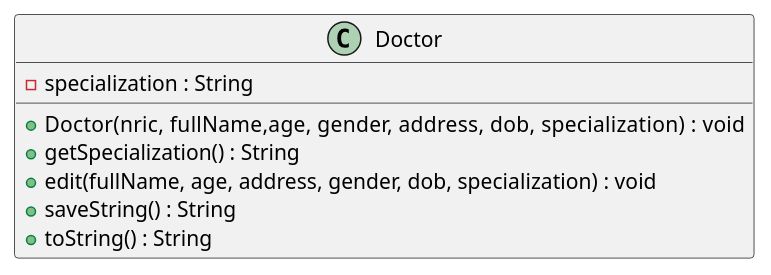
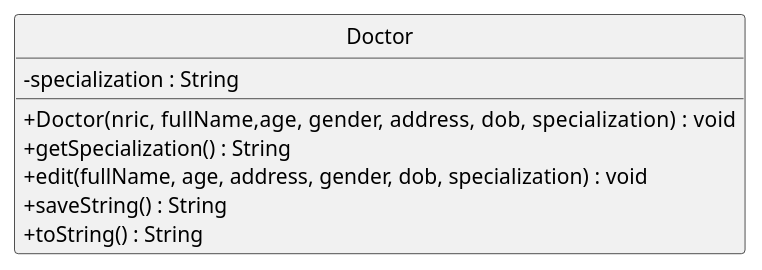
One commit to nus-cs2113-AY2122S2/tp changed the diagram in docs/diagrams/Doctor.puml. Above: the diagram before and after it, drawn with PlantUML. The commit also changed 28 other files, not shown here.

First line of the commit message:
Update all puml diagrams

```diff
--- a/docs/diagrams/Doctor.puml
+++ b/docs/diagrams/Doctor.puml
@@ -1,12 +1,13 @@
 @startuml
-'https://plantuml.com/class-diagram
+hide circle
+skinparam classAttributeIconSize 0
 class Doctor {
 -specialization : String
 +Doctor(nric,  fullName,age,  gender,  address, dob, specialization) : void
 +getSpecialization() : String
 +edit(fullName, age, address, gender, dob, specialization) : void
 +saveString() : String
 +toString() : String
 }
 
 @enduml
```
